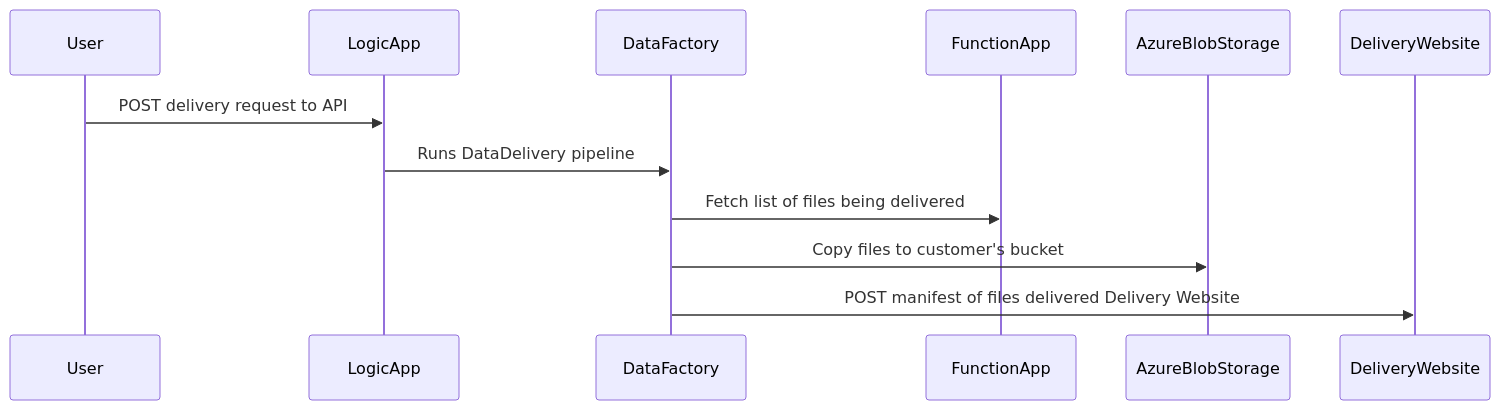
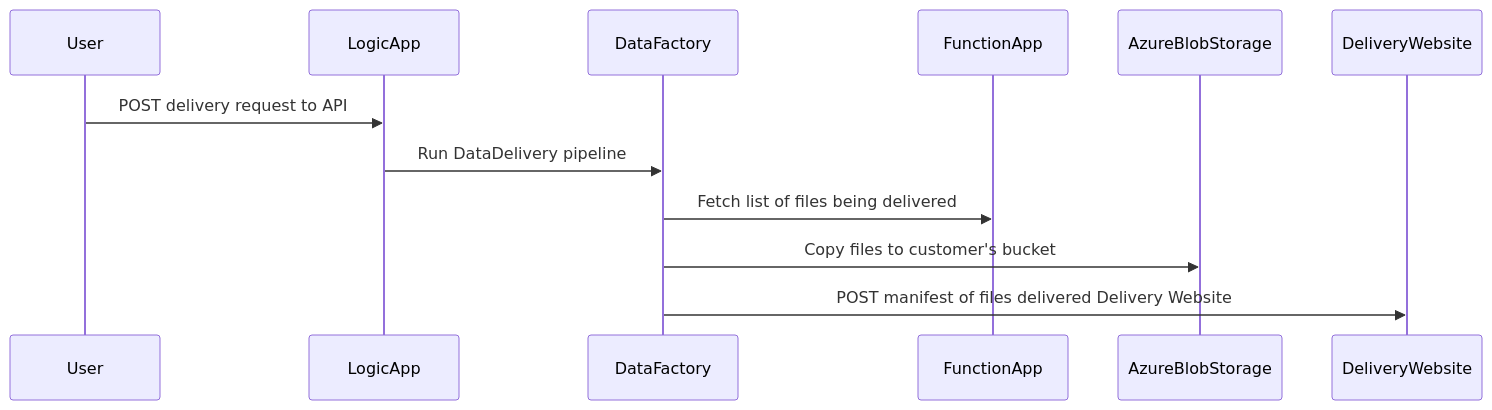
The diagram in README.md (softcraftsman/DukeDataDeliveryPipeline), drawn with Mermaid before and after one commit.

````diff
--- a/README.md
+++ b/README.md
@@ -4,15 +4,15 @@
 ```mermaid
 sequenceDiagram
     participant User
     participant LogicApp
     participant DataFactory
     participant FunctionApp    
     participant AzureBlobStorage   
     participant DeliveryWebsite
     
     User->>LogicApp: POST delivery request to API
-    LogicApp->>DataFactory: Runs DataDelivery pipeline
+    LogicApp->>DataFactory: Run DataDelivery pipeline
     DataFactory->>FunctionApp: Fetch list of files being delivered
     DataFactory->>AzureBlobStorage: Copy files to customer's bucket 
     DataFactory->>DeliveryWebsite: POST manifest of files delivered Delivery Website
 ```
````
